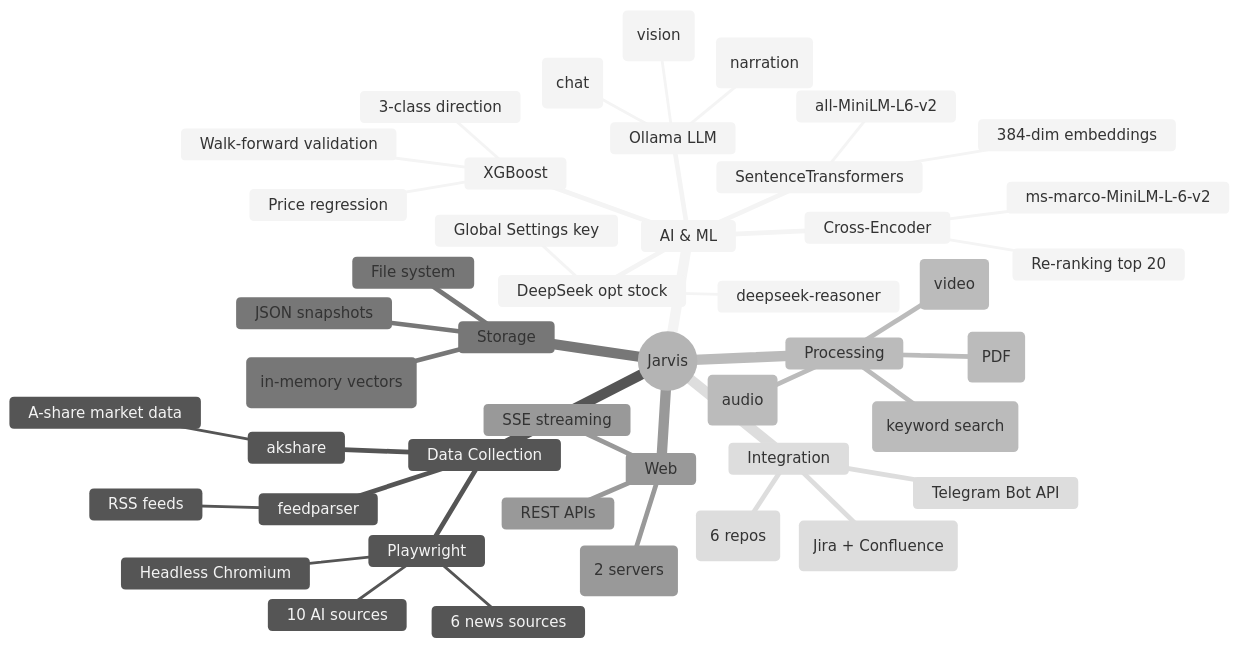
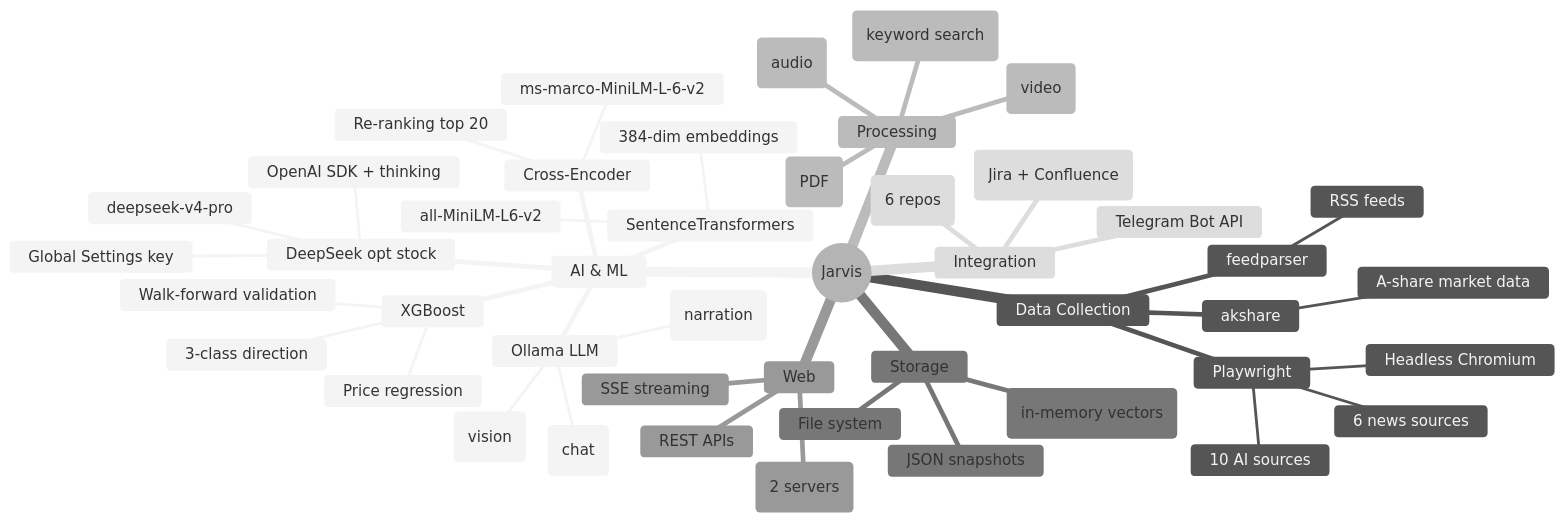
Before and after one commit to medavisyin/jarvis-yin: the eighth of 10 diagrams in docs/design/architecture.md, drawn with Mermaid (neutral theme). The commit also changed other lines of this file and 17 other files, not shown here.

````diff
--- a/docs/design/architecture.md
+++ b/docs/design/architecture.md
@@ -484,48 +484,49 @@
 ```mermaid
 mindmap
   root((Jarvis))
     AI & ML
       Ollama LLM
         qwen3.5:4b (chat)
         qwen3:1.7b (narration)
         qwen3-vl:8b (vision)
       DeepSeek opt stock
-        deepseek-reasoner
+        deepseek-v4-pro
+        OpenAI SDK + thinking
         Global Settings key
       SentenceTransformers
         all-MiniLM-L6-v2
         384-dim embeddings
       XGBoost
         Walk-forward validation
         Price regression
         3-class direction
       Cross-Encoder
         ms-marco-MiniLM-L-6-v2
         Re-ranking top 20
     Data Collection
       Playwright
         Headless Chromium
         10 AI sources
         6 news sources
       feedparser
         RSS feeds
       akshare
         A-share market data
     Processing
       ReportLab (PDF)
       Edge TTS (audio)
       MoviePy (video)
       BM25 (keyword search)
     Storage
       Qdrant (in-memory vectors)
       JSON snapshots
       File system
     Web
       Flask (2 servers)
       SSE streaming
       REST APIs
     Integration
       Atlassian (Jira + Confluence)
       Git (6 repos)
       Telegram Bot API
 ```
````
